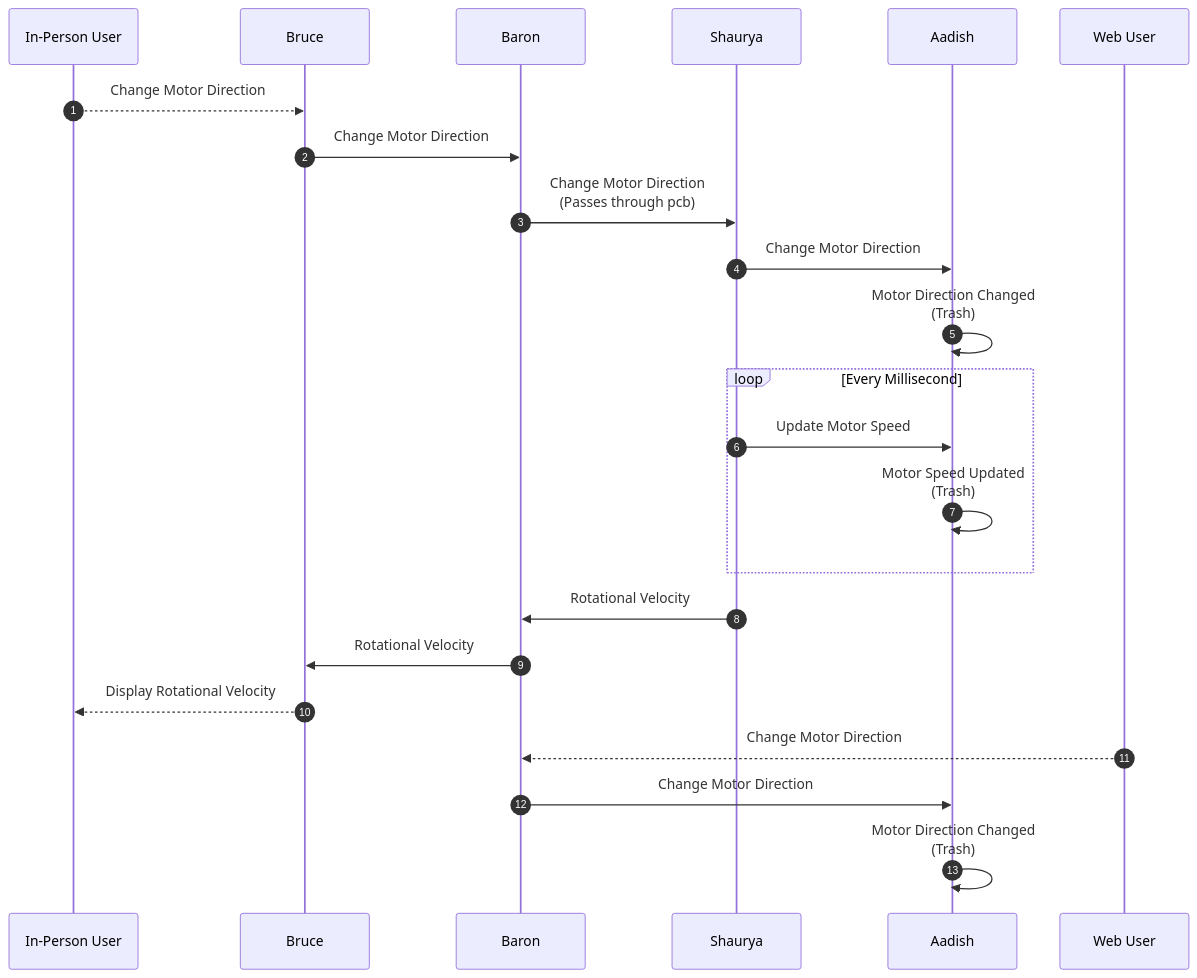
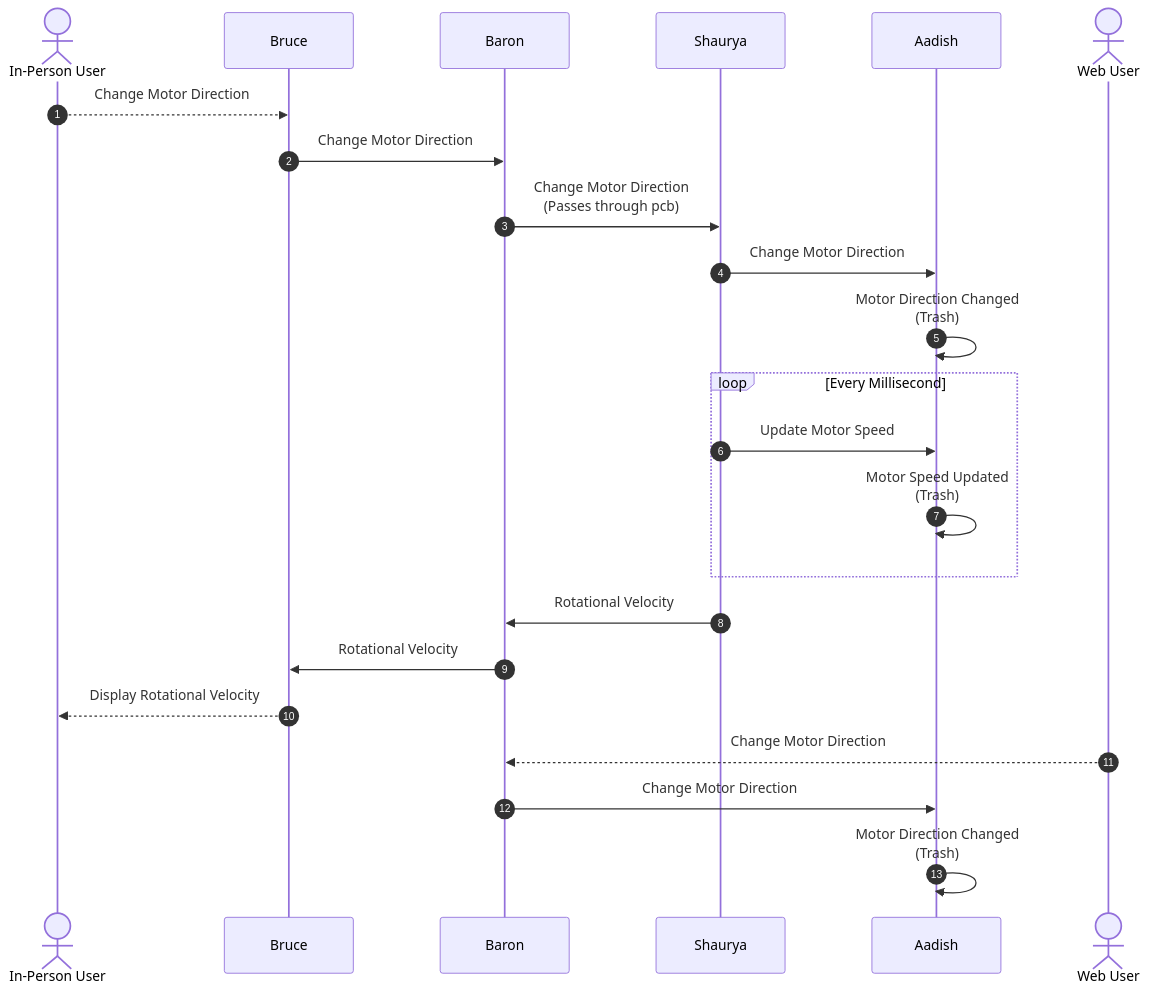
One commit to EGR314-2025-S-309B/EGR314-2025-S-309B.github.io changed the diagram in docs/Block-Diagram-Process-Diagram-Message-Structure.md. Above: the diagram before and after it, drawn with Mermaid.

````diff
--- a/docs/Block-Diagram-Process-Diagram-Message-Structure.md
+++ b/docs/Block-Diagram-Process-Diagram-Message-Structure.md
@@ -11,19 +11,21 @@
 ``` mermaid
 sequenceDiagram
 autonumber
+actor In-Person User
 In-Person User-->>Bruce: Change Motor Direction
 Bruce->>Baron: Change Motor Direction
 Baron->>Shaurya: Change Motor Direction<br>(Passes through pcb)
 Shaurya->>Aadish: Change Motor Direction
 Aadish->>Aadish: Motor Direction Changed<br>(Trash)
 loop Every Millisecond
   Shaurya->>Aadish: Update Motor Speed
   Aadish->>Aadish: Motor Speed Updated<br>(Trash)
 end
 Shaurya->>Baron: Rotational Velocity
 Baron->>Bruce: Rotational Velocity
 Bruce-->>In-Person User: Display Rotational Velocity
+actor Web User
 Web User-->>Baron: Change Motor Direction
 Baron->>Aadish: Change Motor Direction
 Aadish->>Aadish: Motor Direction Changed<br>(Trash)
 ```
````
